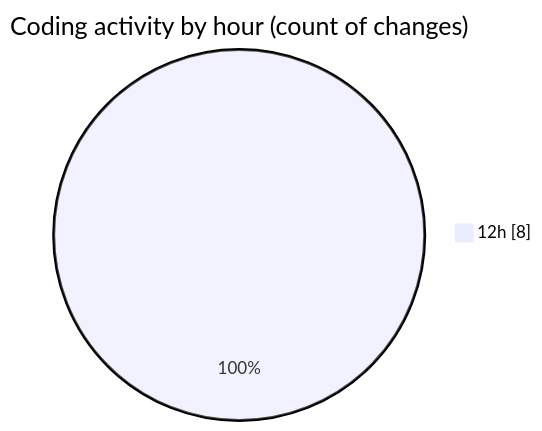
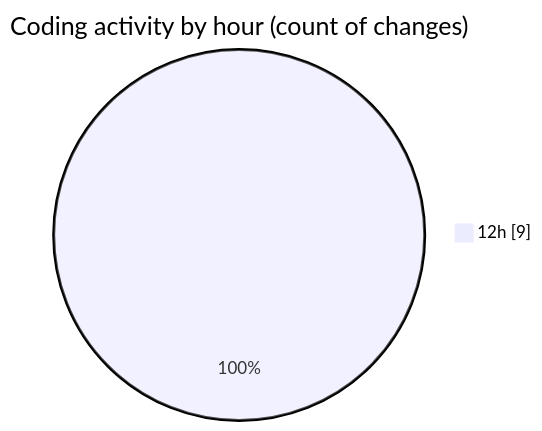
The second of 2 diagrams in 2025-04-24/masm/README.md (charlie-sans/code-tracking), drawn with Mermaid before and after one commit. The commit also changed other lines of this file and 1 other file, not shown here.

````diff
--- a/2025-04-24/masm/README.md
+++ b/2025-04-24/masm/README.md
@@ -29,5 +29,5 @@
 ```mermaid
 pie showData
 title Coding activity by hour (count of changes)
-"12h" : 8
+"12h" : 9
 ```
````
